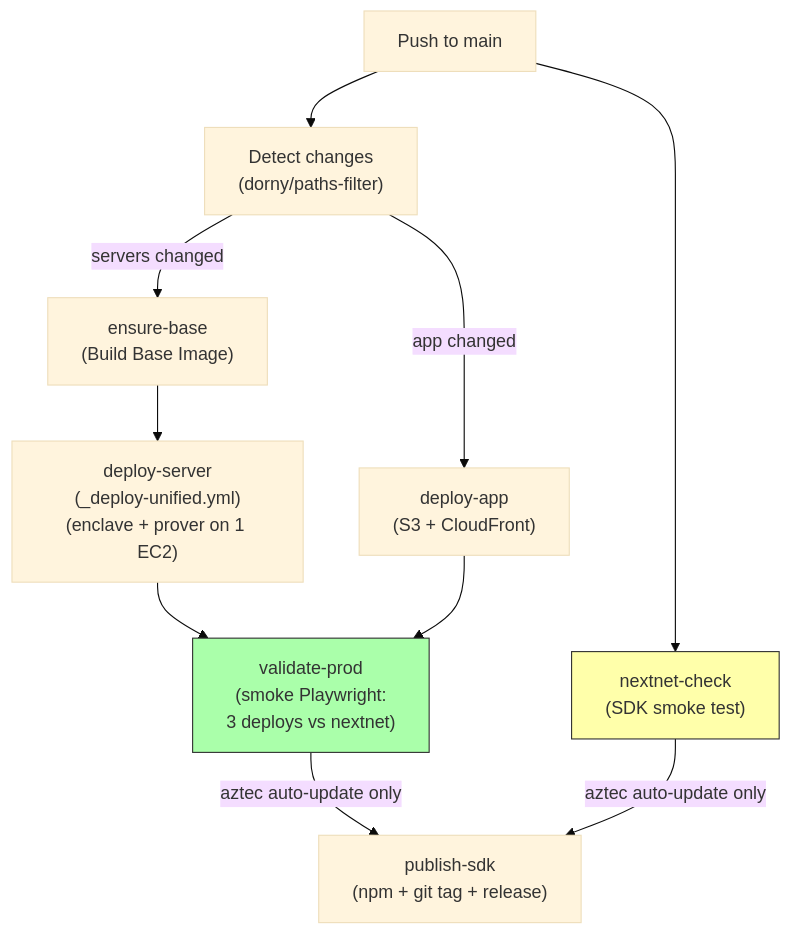
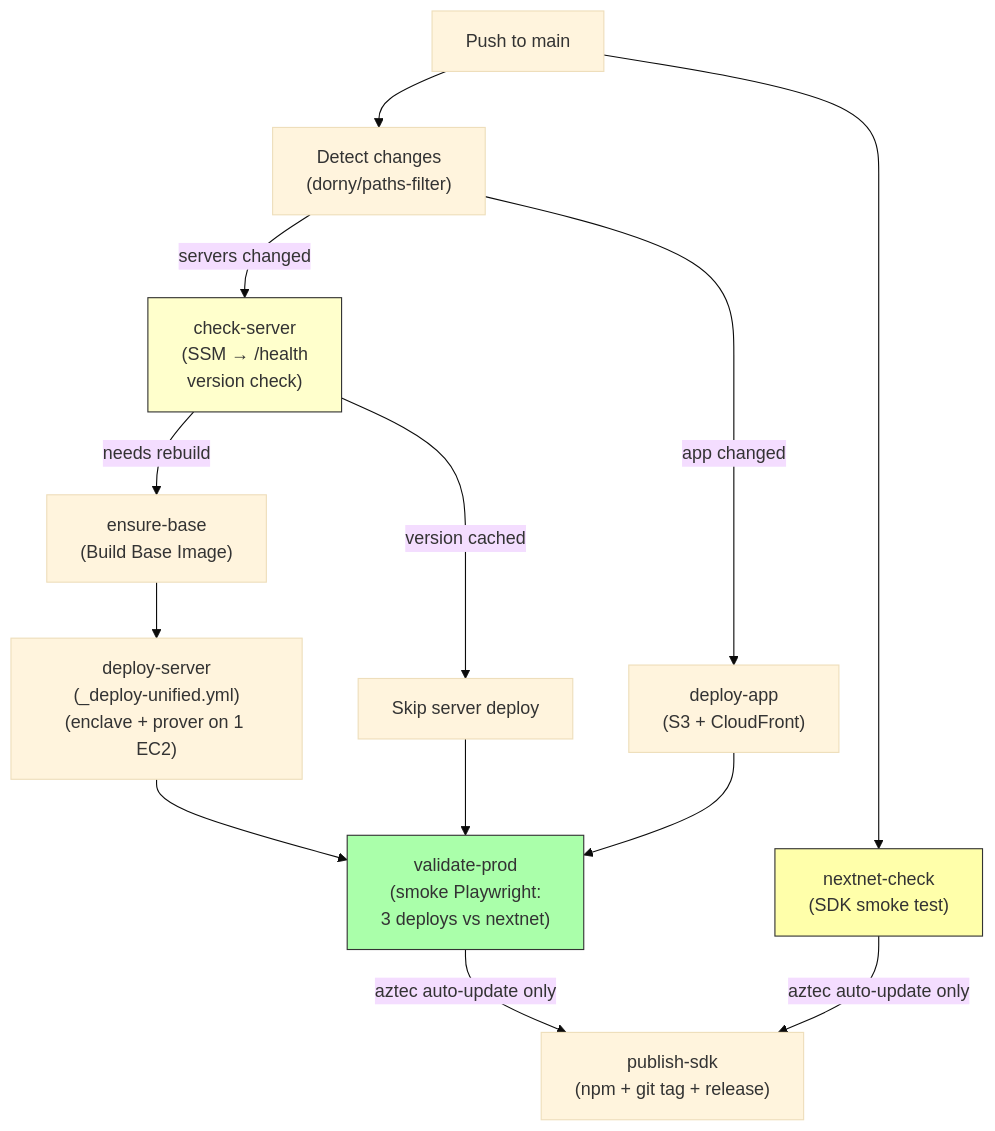
One commit to alejoamiras/tee-rex changed the third of 6 diagrams in docs/ci-pipeline.md. Above: the diagram before and after it, drawn with Mermaid (base theme). The commit also changed other lines of this file and 8 other files, not shown here.

First line of the commit message:
ci: smart deploy, narrow change detection, devnet auto-merge, api_version (#182)

````diff
--- a/docs/ci-pipeline.md
+++ b/docs/ci-pipeline.md
@@ -108,17 +108,22 @@
 ```mermaid
 graph TD
     push["Push to main"] --> changes["Detect changes\n(dorny/paths-filter)"]
 
-    changes -->|servers changed| base["ensure-base\n(Build Base Image)"]
+    changes -->|servers changed| check["check-server\n(SSM → /health\nversion check)"]
     changes -->|app changed| app["deploy-app\n(S3 + CloudFront)"]
     push --> nextnet["nextnet-check\n(SDK smoke test)"]
+
+    check -->|needs rebuild| base["ensure-base\n(Build Base Image)"]
+    check -->|version cached| skip_server["Skip server deploy"]
 
     base --> server["deploy-server\n(_deploy-unified.yml)\n(enclave + prover on 1 EC2)"]
 
     server & app --> validate["validate-prod\n(smoke Playwright:\n3 deploys vs nextnet)"]
+    skip_server --> validate
 
     validate & nextnet -->|aztec auto-update only| publish["publish-sdk\n(npm + git tag + release)"]
 
     style validate fill:#afa,stroke:#333
     style nextnet fill:#ffa,stroke:#333
+    style check fill:#ffc,stroke:#333
 ```
````
